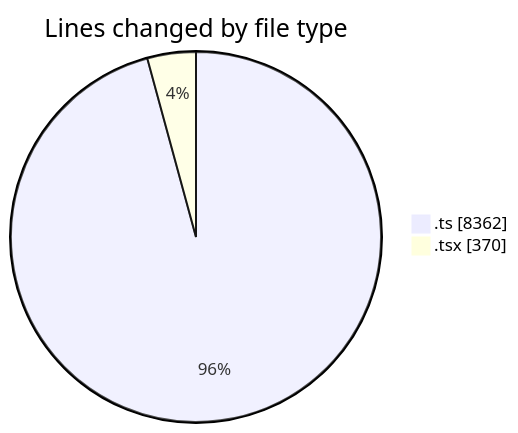
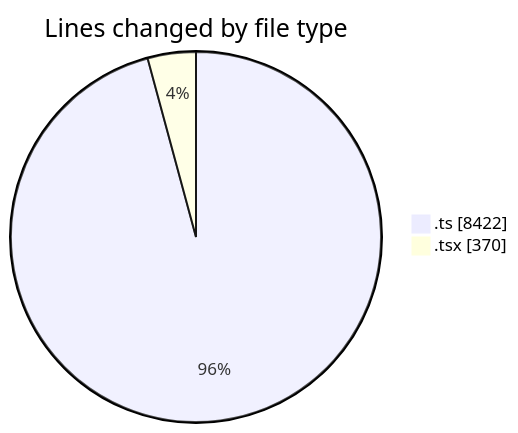
One commit to momahboobian/code-tracking changed the first of 2 diagrams in 2025-07-14/cda/README.md. Above: the diagram before and after it, drawn with Mermaid. The commit also changed other lines of this file and 1 other file, not shown here.

````diff
--- a/2025-07-14/cda/README.md
+++ b/2025-07-14/cda/README.md
@@ -25,6 +25,6 @@
 ```mermaid
 pie showData
 title Lines changed by file type
-".ts" : 8362
+".ts" : 8422
 ".tsx" : 370
 ```
````
